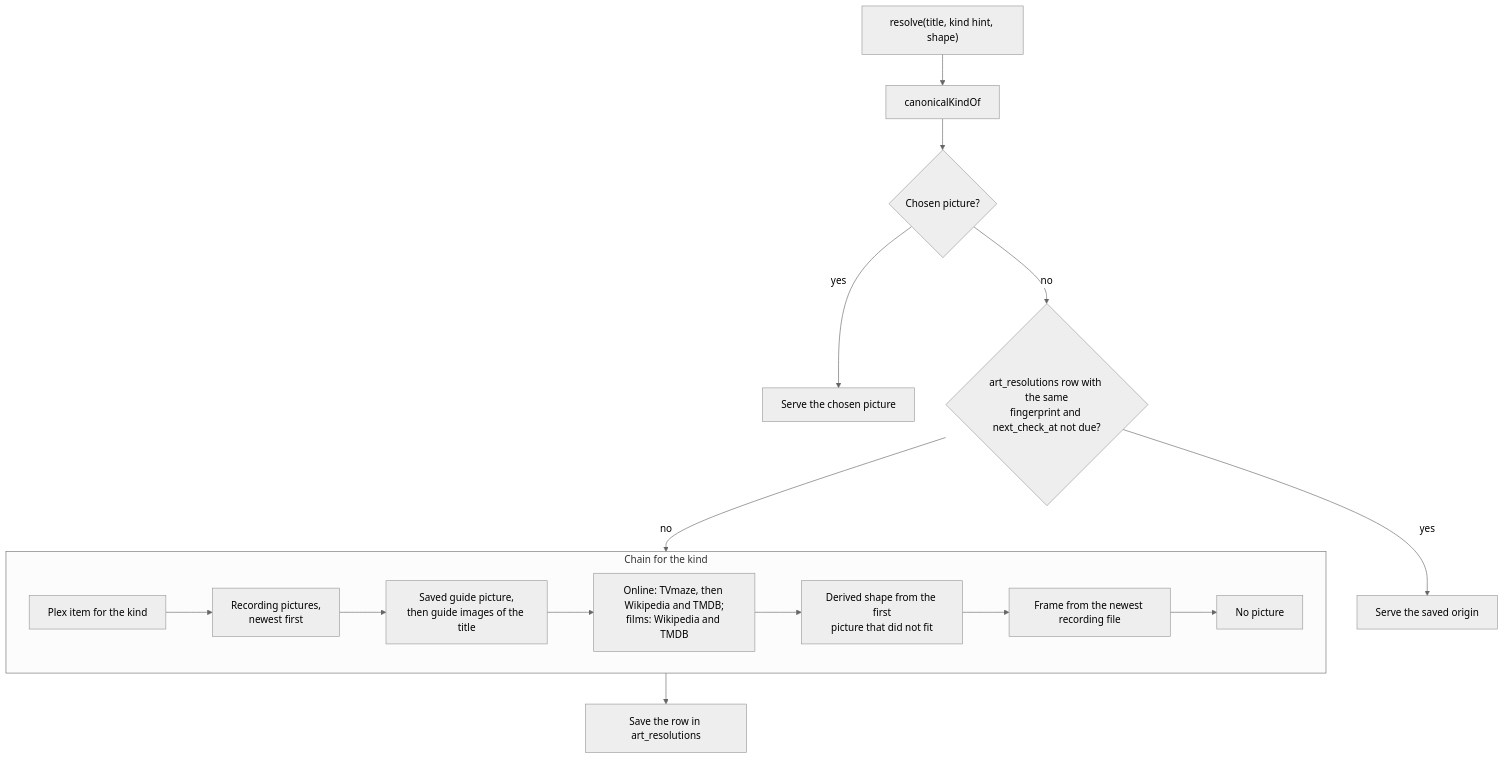
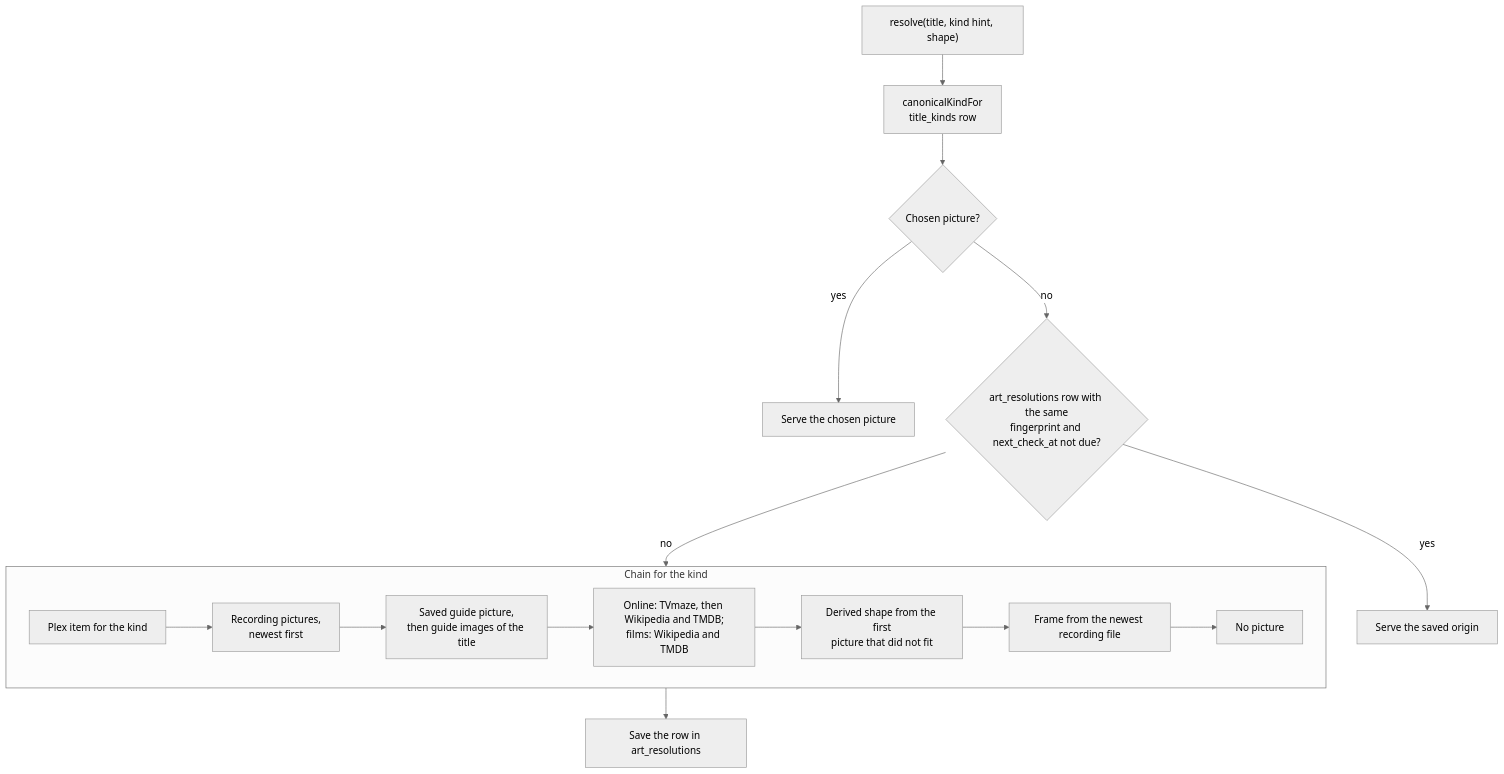
One commit to furey/freetvarr changed the tenth of 10 diagrams in docs/DEEP_DIVE.md. Above: the diagram before and after it, drawn with Mermaid (neutral theme). The commit also changed other lines of this file and 1 other file, not shown here.

Commit message:
Documented title kinds, the single picture retry ladder, and the 0053 downgrade steps.

````diff
--- a/docs/DEEP_DIVE.md
+++ b/docs/DEEP_DIVE.md
@@ -1400,18 +1418,18 @@
 ```mermaid
 flowchart TD
-  request["resolve(title, kind hint, shape)"] --> kind["canonicalKindOf"]
+  request["resolve(title, kind hint, shape)"] --> kind["canonicalKindFor<br>title_kinds row"]
   kind --> choice{"Chosen picture?"}
   choice -- yes --> serveChoice["Serve the chosen picture"]
   choice -- no --> saved{"art_resolutions row with the same<br>fingerprint and next_check_at not due?"}
   saved -- yes --> serveSaved["Serve the saved origin"]
   saved -- no --> chain
   subgraph chain["Chain for the kind"]
     plex["Plex item for the kind"] --> recording["Recording pictures,<br>newest first"]
     recording --> guide["Saved guide picture,<br>then guide images of the title"]
     guide --> online["Online: TVmaze, then Wikipedia and TMDB;<br>films: Wikipedia and TMDB"]
     online --> derived["Derived shape from the first<br>picture that did not fit"]
     derived --> frame["Frame from the newest recording file"]
     frame --> none["No picture"]
   end
   chain --> store["Save the row in art_resolutions"]
 ```
````
